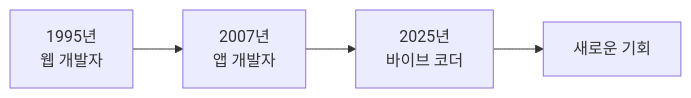
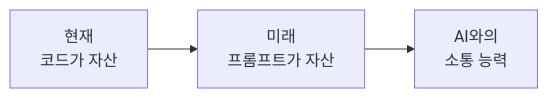
One commit to nugurejeil/weniVooks changed the fifth of 5 diagrams in _md/essentials-vibecoding/chapter01/01-4.md. Above: the diagram before and after it, drawn with Mermaid. The commit also changed other lines of this file and 5 other files, not shown here.

````diff
--- a/_md/essentials-vibecoding/chapter01/01-4.md
+++ b/_md/essentials-vibecoding/chapter01/01-4.md
@@ -92,6 +156,5 @@
 ```mermaid
 flowchart LR
-    A["1995년<br/>웹 개발자"] --> B["2007년<br/>앱 개발자"]
-    B --> C["2025년<br/>바이브 코더"]
-    C --> D["새로운 기회"]
+    A["현재<br/>코드가 자산"] --> B["미래<br/>프롬프트가 자산"]
+    B --> C["AI와의<br/>소통 능력"]
 ```
````
